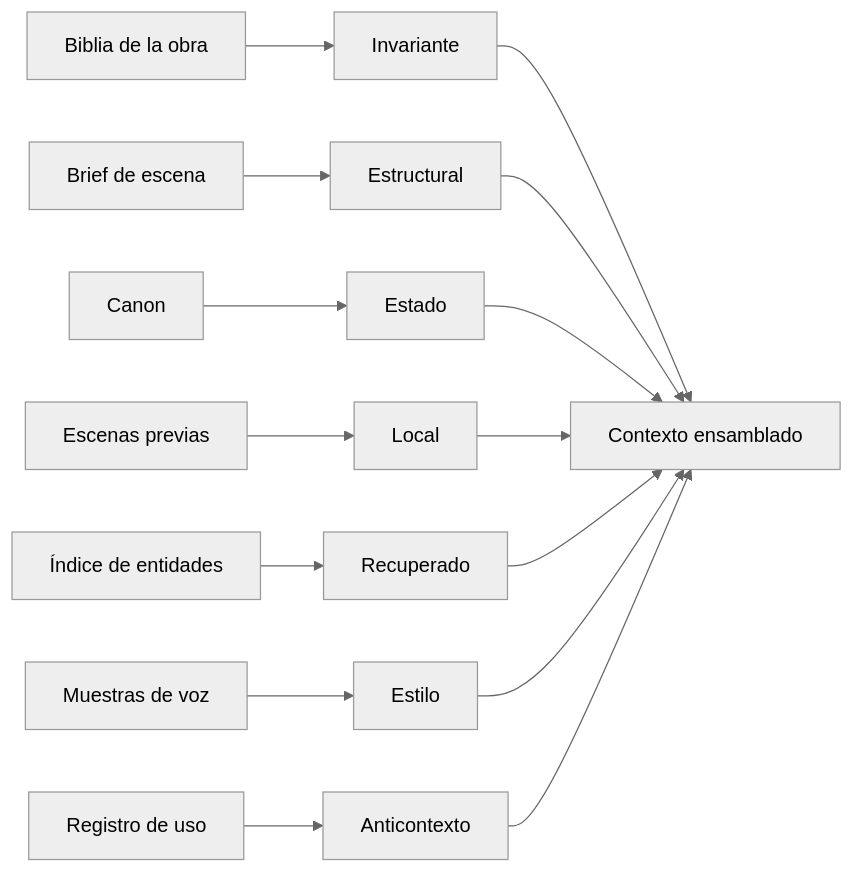
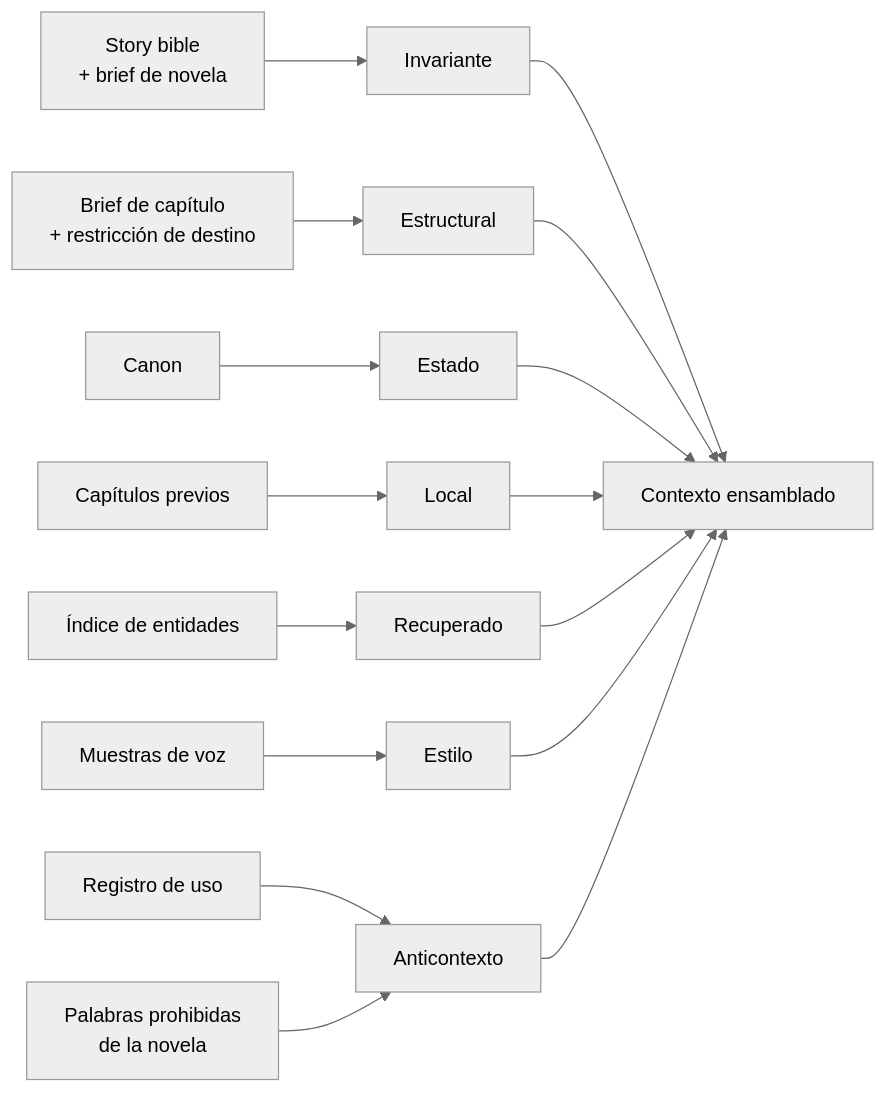
One commit to BrunoCrz3/MyStory changed diagram 12 of 21 in docs/domain-knowledge.md. Above: the diagram before and after it, drawn with Mermaid (neutral theme). The commit also changed other lines of this file and 5 other files, not shown here.

````diff
--- a/docs/domain-knowledge.md
+++ b/docs/domain-knowledge.md
@@ -243,17 +240,18 @@
 ```mermaid
 flowchart LR
-  BIB[Biblia de la obra] --> INV[Invariante]
-  BRF[Brief de escena] --> EST[Estructural]
+  BIB[Story bible<br/>+ brief de novela] --> INV[Invariante]
+  BRF[Brief de capítulo<br/>+ restricción de destino] --> EST[Estructural]
   CAN[Canon] --> SNP[Estado]
-  TXT[Escenas previas] --> LOC[Local]
+  TXT[Capítulos previos] --> LOC[Local]
   IDX[Índice de entidades] --> REC[Recuperado]
   VOZ[Muestras de voz] --> STY[Estilo]
   USO[Registro de uso] --> ANT[Anticontexto]
+  VET[Palabras prohibidas<br/>de la novela] --> ANT
   INV --> CTX[Contexto ensamblado]
   EST --> CTX
   SNP --> CTX
   LOC --> CTX
   REC --> CTX
   STY --> CTX
   ANT --> CTX
 ```
````
